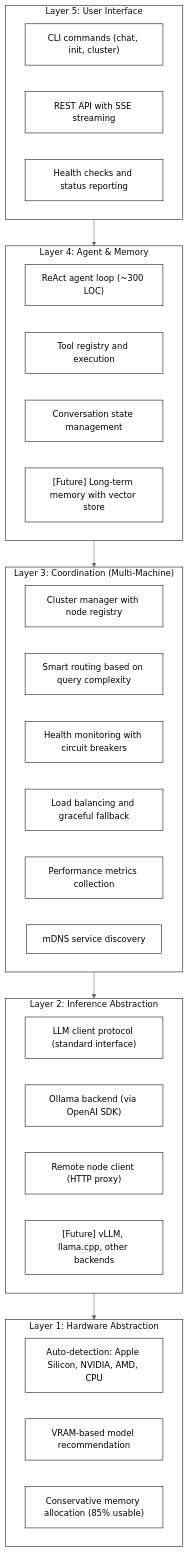
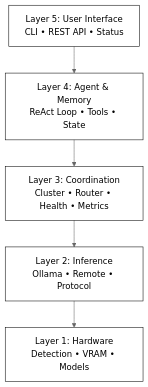
One commit to smallthinkingmachines/harombe changed the diagram in ARCHITECTURE.md. Above: the diagram before and after it, drawn with Mermaid. The commit also changed other lines of this file, not shown here.

Commit message:
docs: Simplify system layers diagram
Replace verbose Mermaid diagram with concise version showing just
layer names and key components. Move detailed bullet points to a
separate 'Details' section below the diagram.

Result: Clean visual hierarchy that's easier to scan, with details
still available for those who want them.

````diff
--- a/ARCHITECTURE.md
+++ b/ARCHITECTURE.md
@@ -23,43 +23,14 @@
 ```mermaid
 %%{init: {'theme': 'base', 'themeVariables': {'primaryColor': '#ffffff', 'primaryTextColor': '#000000', 'primaryBorderColor': '#000000', 'lineColor': '#666666', 'secondaryColor': '#e8e8e8', 'tertiaryColor': '#f5f5f5', 'edgeLabelBackground': '#ffffff', 'clusterBkg': '#ffffff', 'clusterBorder': '#000000', 'mainBkg': 'transparent', 'background': 'transparent'}}}%%
 flowchart TB
-    subgraph Layer5["Layer 5: User Interface"]
-        L5A["CLI commands (chat, init, cluster)"]
-        L5B["REST API with SSE streaming"]
-        L5C["Health checks and status reporting"]
-    end
+    L5["Layer 5: User Interface<br/>CLI • REST API • Status"]
+    L4["Layer 4: Agent & Memory<br/>ReAct Loop • Tools • State"]
+    L3["Layer 3: Coordination<br/>Cluster • Router • Health • Metrics"]
+    L2["Layer 2: Inference<br/>Ollama • Remote • Protocol"]
+    L1["Layer 1: Hardware<br/>Detection • VRAM • Models"]
 
-    subgraph Layer4["Layer 4: Agent & Memory"]
-        L4A["ReAct agent loop (~300 LOC)"]
-        L4B["Tool registry and execution"]
-        L4C["Conversation state management"]
-        L4D["[Future] Long-term memory with vector store"]
-    end
-
-    subgraph Layer3["Layer 3: Coordination (Multi-Machine)"]
-        L3A["Cluster manager with node registry"]
-        L3B["Smart routing based on query complexity"]
-        L3C["Health monitoring with circuit breakers"]
-        L3D["Load balancing and graceful fallback"]
-        L3E["Performance metrics collection"]
-        L3F["mDNS service discovery"]
-    end
-
-    subgraph Layer2["Layer 2: Inference Abstraction"]
-        L2A["LLM client protocol (standard interface)"]
-        L2B["Ollama backend (via OpenAI SDK)"]
-        L2C["Remote node client (HTTP proxy)"]
-        L2D["[Future] vLLM, llama.cpp, other backends"]
-    end
-
-    subgraph Layer1["Layer 1: Hardware Abstraction"]
-        L1A["Auto-detection: Apple Silicon, NVIDIA, AMD, CPU"]
-        L1B["VRAM-based model recommendation"]
-        L1C["Conservative memory allocation (85% usable)"]
-    end
-
-    Layer5 --> Layer4
-    Layer4 --> Layer3
-    Layer3 --> Layer2
-    Layer2 --> Layer1
+    L5 --> L4
+    L4 --> L3
+    L3 --> L2
+    L2 --> L1
 ```
````
